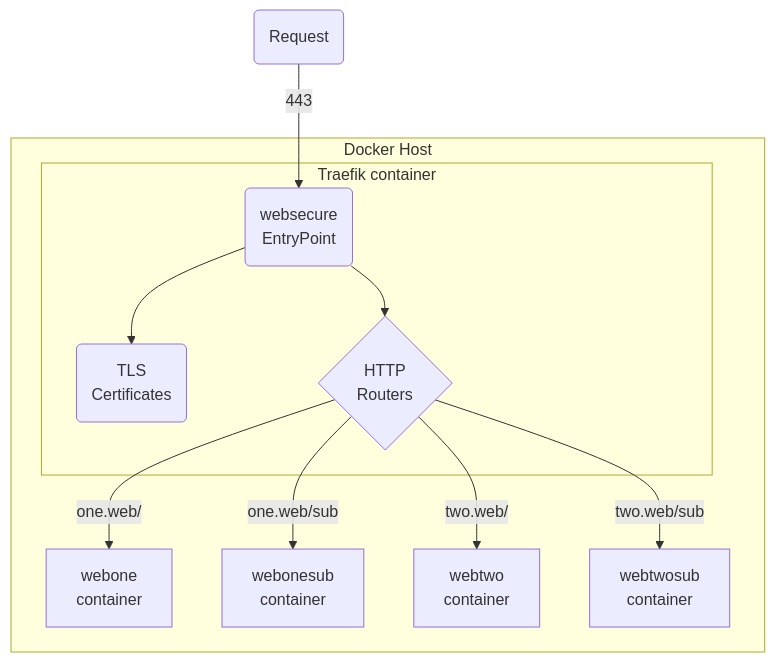
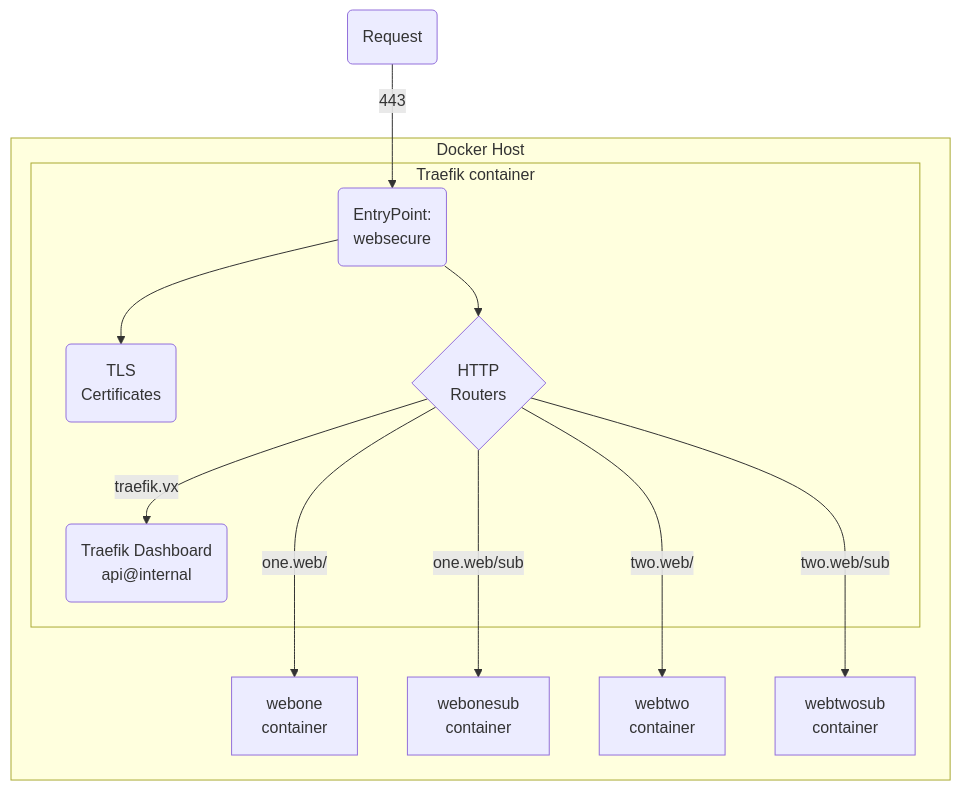
One commit to joetanx/setup changed the diagram in traefik-notes.md. Above: the diagram before and after it, drawn with Mermaid. The commit also changed other lines of this file, not shown here.

````diff
--- a/traefik-notes.md
+++ b/traefik-notes.md
@@ -8,14 +8,15 @@
 ```mermaid
 flowchart TD
-  A(Request) -->|443| B(websecure<br>EntryPoint)
+  A(Request) -->|443| B(EntryPoint:<br>websecure)
   subgraph Docker Host
   subgraph Traefik container
   B --> C(TLS<br>Certificates)
   B --> D{HTTP<br>Routers}
+  D-->|traefik.vx| B1(Traefik Dashboard<br>api@internal)
   end
-  D -->|one.web/| E[webone<br>container]
-  D -->|one.web/sub| F[webonesub<br>container]
-  D -->|two.web/| G[webtwo<br>container]
-  D -->|two.web/sub| H[webtwosub<br>container]
+  D --->|one.web/| E[webone<br>container]
+  D --->|one.web/sub| F[webonesub<br>container]
+  D --->|two.web/| G[webtwo<br>container]
+  D --->|two.web/sub| H[webtwosub<br>container]
   end
 ```
````
